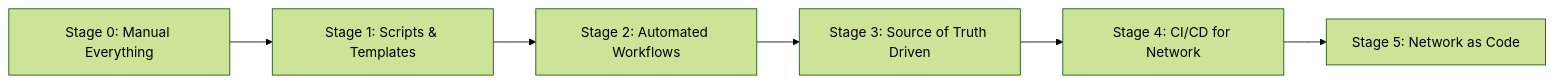
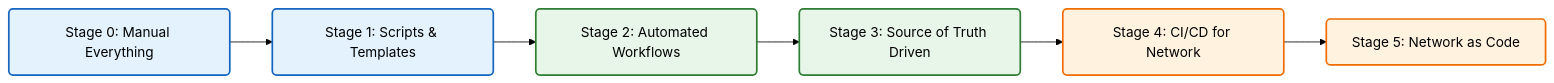
The diagram in diagrams/04-maturity-model.md (tej554/network-automation-visuals), drawn with Mermaid (forest theme) before and after one commit. The commit also changed 16 other files, not shown here.

````diff
--- a/diagrams/04-maturity-model.md
+++ b/diagrams/04-maturity-model.md
@@ -7,8 +7,17 @@
 ```mermaid
 graph LR
     A[Stage 0: Manual Everything] --> B[Stage 1: Scripts & Templates]
     B --> C[Stage 2: Automated Workflows]
     C --> D[Stage 3: Source of Truth Driven]
     D --> E[Stage 4: CI/CD for Network]
     E --> F[Stage 5: Network as Code]
+
+    classDef default fill:#fff,stroke:#333,stroke-width:1px,rx:5,ry:5;
+    classDef level1 fill:#e3f2fd,stroke:#1565c0,stroke-width:2px;
+    classDef level2 fill:#e8f5e9,stroke:#2e7d32,stroke-width:2px;
+    classDef level3 fill:#fff3e0,stroke:#ef6c00,stroke-width:2px;
+
+    class A,B level1;
+    class C,D level2;
+    class E,F level3;
 ```
````
